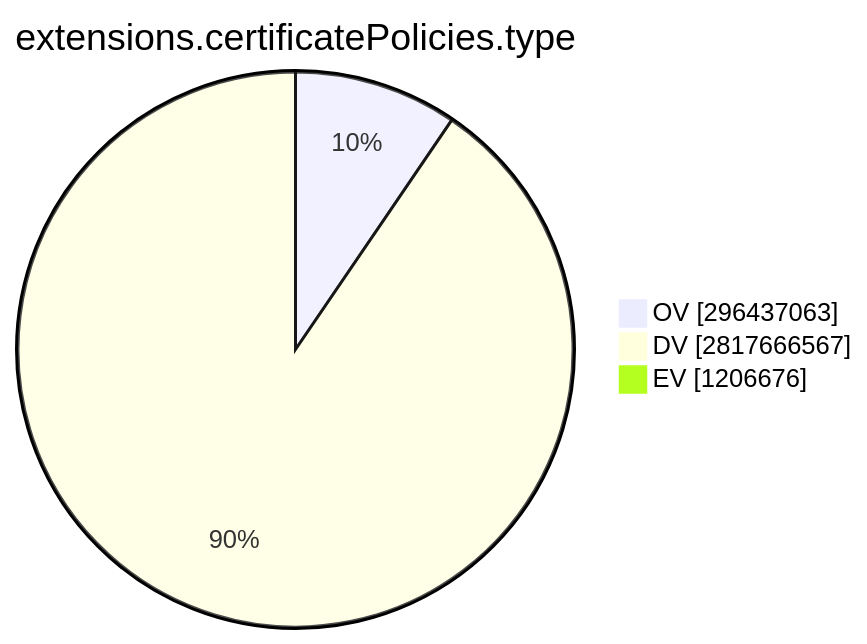
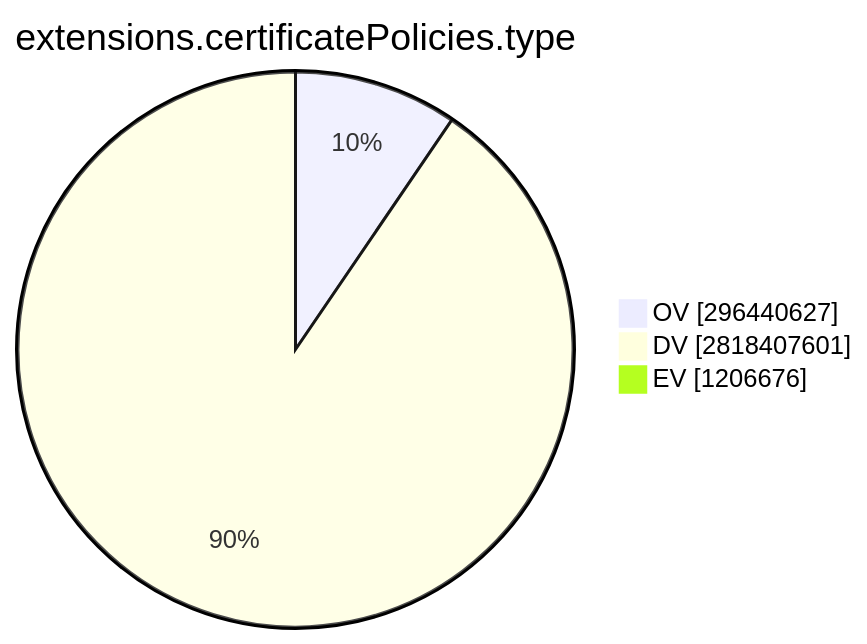
One commit to christiankrug/ctmonitor_visualization changed the ninth of 15 diagrams in TOTAL/README.md. Above: the diagram before and after it, drawn with Mermaid. The commit also changed other lines of this file, not shown here.

````diff
--- a/TOTAL/README.md
+++ b/TOTAL/README.md
@@ -3099,7 +3099,7 @@
 ```mermaid
 pie showData
 title extensions.certificatePolicies.type
-"OV" :296437063
-"DV" :2817666567
+"OV" :296440627
+"DV" :2818407601
 "EV" :1206676
 ```
````
